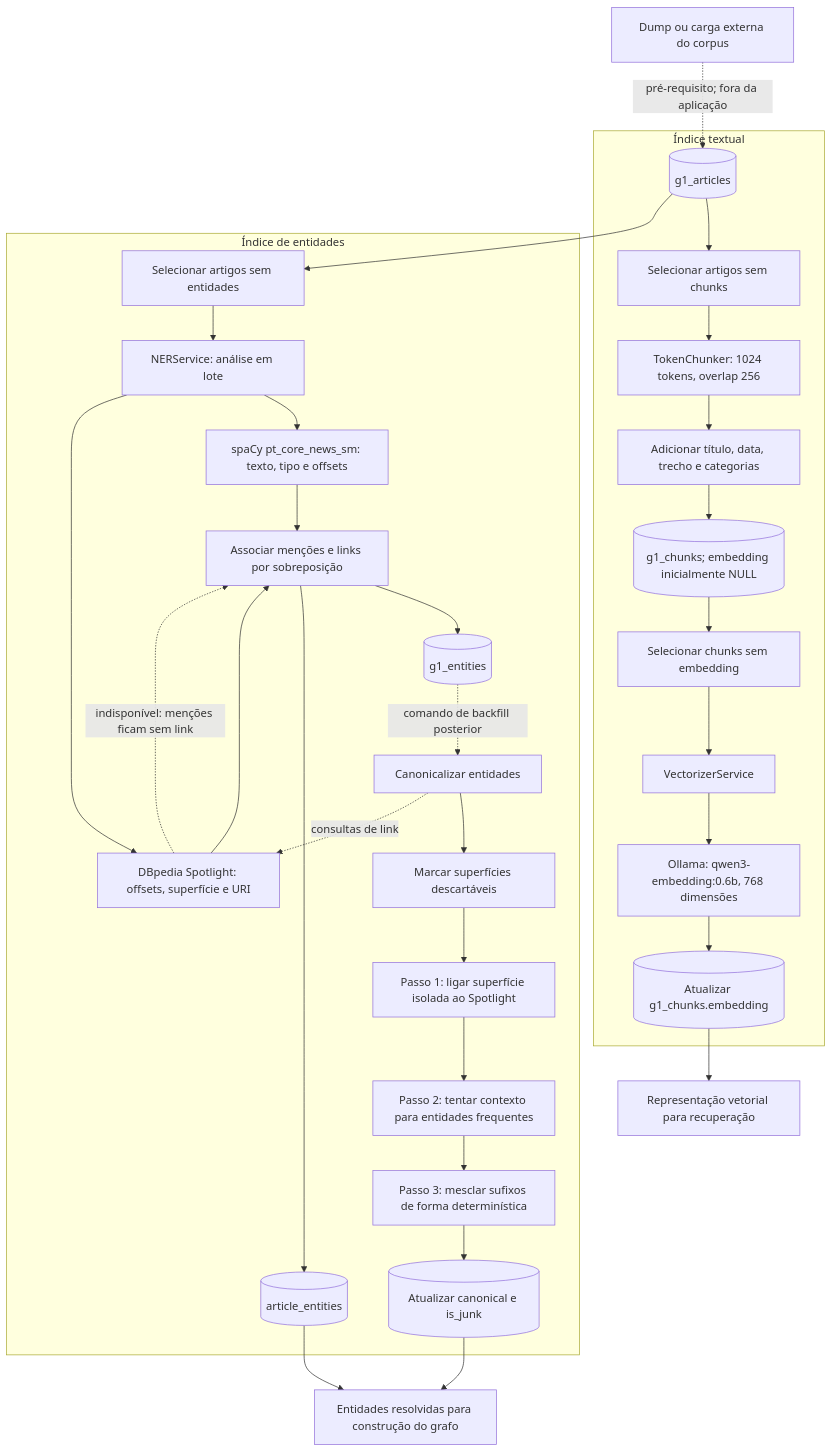
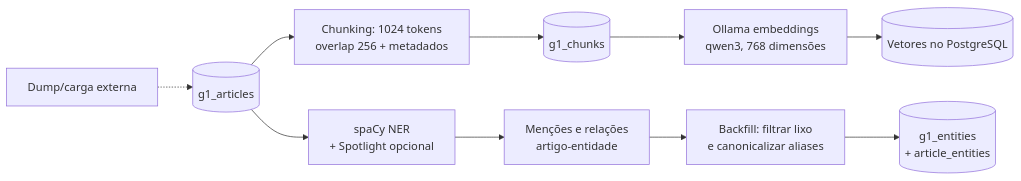
The second of 5 diagrams in docs/fluxos_execucao.md (rafaelsalb/tcc), drawn with Mermaid before and after one commit. The commit also changed other lines of this file and 43 other files, not shown here.

````diff
--- a/docs/fluxos_execucao.md
+++ b/docs/fluxos_execucao.md
@@ -61,39 +61,14 @@
 ```mermaid
-flowchart TD
-    source[Dump ou carga externa do corpus] -.->|pré-requisito; fora da aplicação| articles[(g1_articles)]
+flowchart LR
+    source[Dump/carga externa] -.-> articles[(g1_articles)]
 
-    subgraph chunk_index[Índice textual]
-        articles --> pending_chunks[Selecionar artigos sem chunks]
-        pending_chunks --> chunker[TokenChunker: 1024 tokens, overlap 256]
-        chunker --> enrich[Adicionar título, data, trecho e categorias]
-        enrich --> chunks[(g1_chunks; embedding inicialmente NULL)]
-        chunks --> pending_vectors[Selecionar chunks sem embedding]
-        pending_vectors --> embed[VectorizerService]
-        embed --> ollama[Ollama: qwen3-embedding:0.6b, 768 dimensões]
-        ollama --> vectors[(Atualizar g1_chunks.embedding)]
-    end
+    articles --> chunking[Chunking: 1024 tokens<br/>overlap 256 + metadados]
+    chunking --> chunks[(g1_chunks)]
+    chunks --> embedding[Ollama embeddings<br/>qwen3, 768 dimensões]
+    embedding --> vectors[(Vetores no PostgreSQL)]
 
-    subgraph entity_index[Índice de entidades]
-        articles --> pending_entities[Selecionar artigos sem entidades]
-        pending_entities --> ner[NERService: análise em lote]
-        ner --> spacy[spaCy pt_core_news_sm: texto, tipo e offsets]
-        ner --> spotlight[DBpedia Spotlight: offsets, superfície e URI]
-        spacy --> merge[Associar menções e links por sobreposição]
-        spotlight --> merge
-        spotlight -.->|indisponível: menções ficam sem link| merge
-        merge --> entity_rows[(g1_entities)]
-        merge --> article_entity_rows[(article_entities)]
-
-        entity_rows -.->|comando de backfill posterior| canonicalize[Canonicalizar entidades]
-        canonicalize --> junk[Marcar superfícies descartáveis]
-        canonicalize -.->|consultas de link| spotlight
-        junk --> bare[Passo 1: ligar superfície isolada ao Spotlight]
-        bare --> context[Passo 2: tentar contexto para entidades frequentes]
-        context --> suffix[Passo 3: mesclar sufixos de forma determinística]
-        suffix --> canonical[(Atualizar canonical e is_junk)]
-    end
-
-    vectors --> retrieval_ready[Representação vetorial para recuperação]
-    canonical --> graph_ready[Entidades resolvidas para construção do grafo]
-    article_entity_rows --> graph_ready
+    articles --> extraction[spaCy NER<br/>+ Spotlight opcional]
+    extraction --> mentions[Menções e relações<br/>artigo-entidade]
+    mentions --> canonicalize[Backfill: filtrar lixo<br/>e canonicalizar aliases]
+    canonicalize --> entities[(g1_entities<br/>+ article_entities)]
 ```
````
